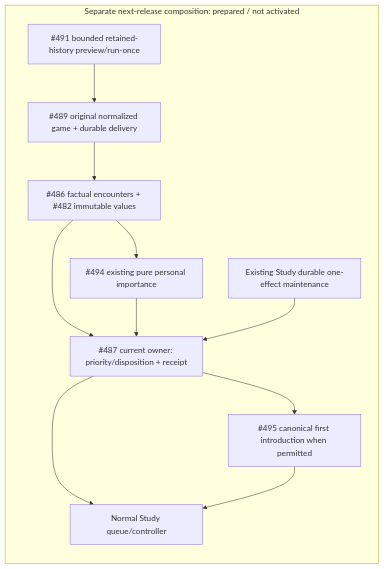
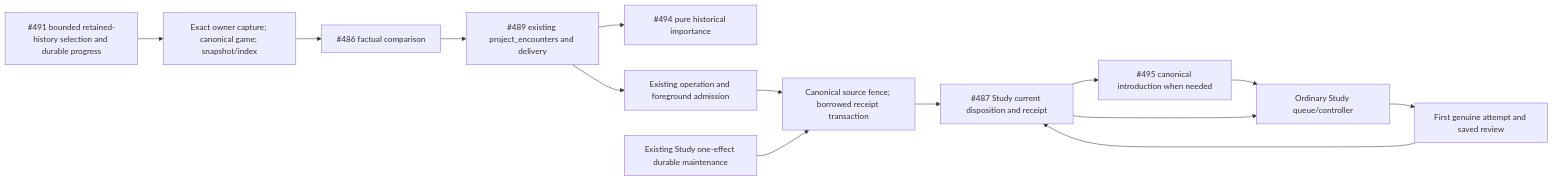
Before and after one commit to aaweaver-actuary/tempo: the diagram in backend/app/product_composition/encounters/README.md, drawn with Mermaid. The commit also changed other lines of this file, not shown here.

Commit message:
docs: record complete retained encounter native acceptance

````diff
--- a/backend/app/product_composition/encounters/README.md
+++ b/backend/app/product_composition/encounters/README.md
@@ -30,14 +55,16 @@
 ```mermaid
 flowchart LR
-  subgraph pending["Separate next-release composition: prepared / not activated"]
-    History["#491 bounded retained-history preview/run-once"] --> Workflow["#489 original normalized game + durable delivery"]
-    Workflow --> Facts["#486 factual encounters + #482 immutable values"]
-    Facts --> Importance["#494 existing pure personal importance"]
-    Facts --> Study["#487 current owner: priority/disposition + receipt"]
-    Importance --> Study
-    Study --> Introduction["#495 canonical first introduction when permitted"]
-    Study --> Queue["Normal Study queue/controller"]
-    Introduction --> Queue
-    Maintenance["Existing Study durable one-effect maintenance"] --> Study
-  end
+  History["#491 bounded retained-history selection and durable progress"] --> Capture["Exact owner capture; canonical game; snapshot/index"]
+  Capture --> Facts["#486 factual comparison"]
+  Facts --> Commands["#489 existing project_encounters and delivery"]
+  Commands --> Importance["#494 pure historical importance"]
+  Commands --> Gate["Existing operation and foreground admission"]
+  Gate --> Fence["Canonical source fence; borrowed receipt transaction"]
+  Fence --> Study["#487 Study current disposition and receipt"]
+  Study --> Intro["#495 canonical introduction when needed"]
+  Intro --> Queue["Ordinary Study queue/controller"]
+  Study --> Queue
+  Queue --> Review["First genuine attempt and saved review"]
+  Review --> Study
+  Sweep["Existing Study one-effect durable maintenance"] --> Fence
 ```
````
